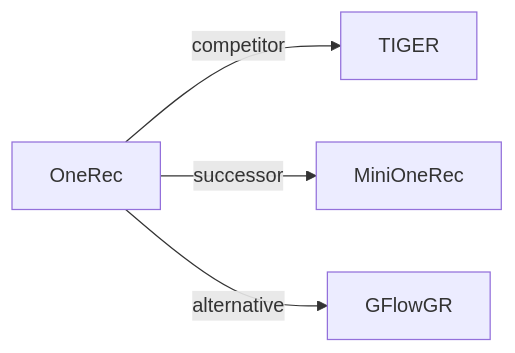
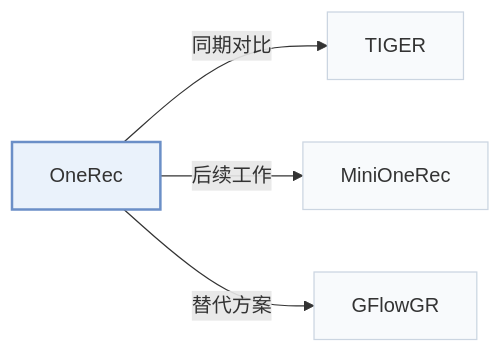
One commit to Galaxy-ghost/Awesome-SID-Generative-Rec changed the third of 3 diagrams in pages/zh/papers/onerec.md. Above: the diagram before and after it, drawn with Mermaid. The commit also changed other lines of this file and 649 other files, not shown here.

Commit message:
writer-05: also tags and modality index (schema, check, build, visuals); summary field removed; calibration data for 12 papers

````diff
--- a/pages/zh/papers/onerec.md
+++ b/pages/zh/papers/onerec.md
@@ -127,7 +136,11 @@
 ```mermaid
 flowchart LR
     P["OneRec"]
-    P -->|competitor| A["TIGER"]
-    P -->|successor| B["MiniOneRec"]
-    P -->|alternative| C["GFlowGR"]
+    P -->|"同期对比"| A["TIGER"]
+    P -->|"后续工作"| B["MiniOneRec"]
+    P -->|"替代方案"| C["GFlowGR"]
+    classDef main fill:#eaf2fb,stroke:#6b8fc7,stroke-width:2px
+    classDef peer fill:#f8fafc,stroke:#cbd5e1
+    class P main
+    class A,B,C peer
 ```
````
